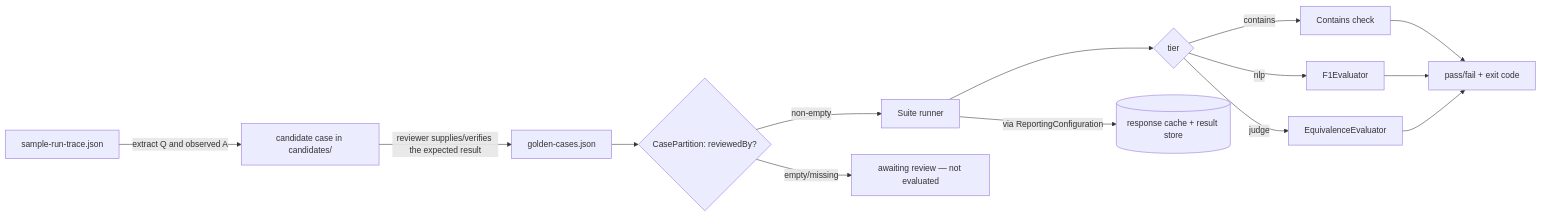
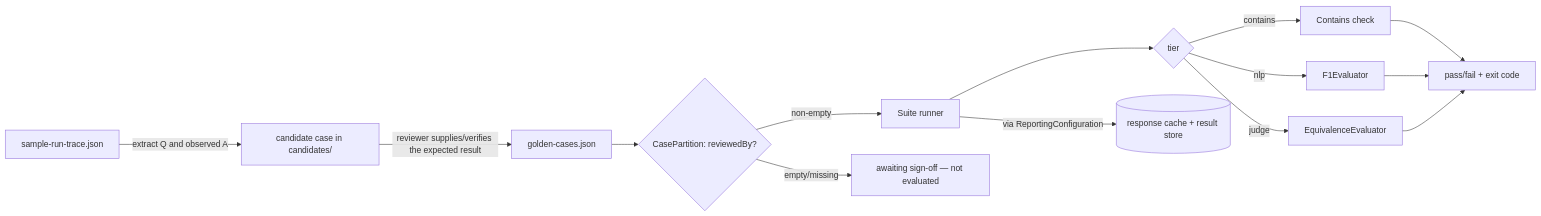
One commit to arst/agentic-patterns changed the diagram in PatternExplorer/patterns/RegressionEvals.md. Above: the diagram before and after it, drawn with Mermaid. The commit also changed other lines of this file and 1 other file, not shown here.

First line of the commit message:
fix(regression-evals): report awaiting-signoff and awaiting-review counts separately

````diff
--- a/PatternExplorer/patterns/RegressionEvals.md
+++ b/PatternExplorer/patterns/RegressionEvals.md
@@ -75,16 +78,16 @@
 ```mermaid
 flowchart LR
     T[sample-run-trace.json] -->|extract Q and observed A| C[candidate case in candidates/]
     C -->|reviewer supplies/verifies the expected result| G[golden-cases.json]
     G --> P{CasePartition: reviewedBy?}
     P -->|non-empty| S[Suite runner]
-    P -->|empty/missing| W[awaiting review — not evaluated]
+    P -->|empty/missing| W[awaiting sign-off — not evaluated]
     S --> A{tier}
     A -->|contains| X[Contains check]
     A -->|nlp| F[F1Evaluator]
     A -->|judge| E[EquivalenceEvaluator]
     X --> R[pass/fail + exit code]
     F --> R
     E --> R
     S -->|via ReportingConfiguration| Cache[(response cache + result store)]
 ```
````
